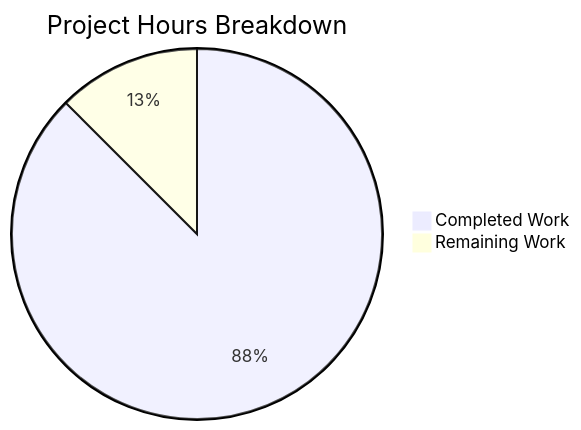
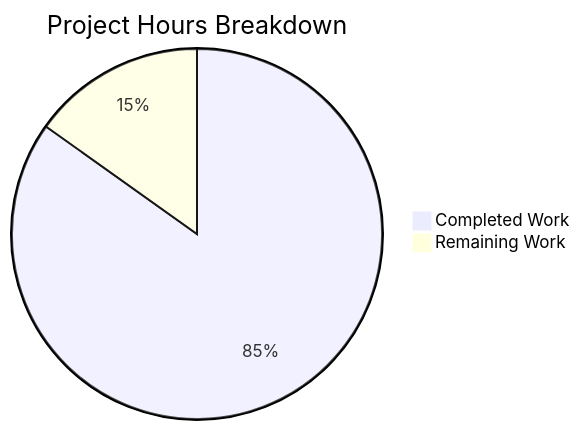
One commit to hardik-blitzy/react-todo-app changed the second of 2 diagrams in blitzy/documentation/Project Guide.md. Above: the diagram before and after it, drawn with Mermaid. The commit also changed other lines of this file, not shown here.

Commit message:
Adding Blitzy Project Guide: Project Status and Human Tasks Remaining

````diff
--- a/blitzy/documentation/Project Guide.md
+++ b/blitzy/documentation/Project Guide.md
@@ -66,5 +191,5 @@
 ```mermaid
 pie title Project Hours Breakdown
-    "Completed Work" : 21
-    "Remaining Work" : 3
+    "Completed Work" : 28
+    "Remaining Work" : 5
 ```
````
